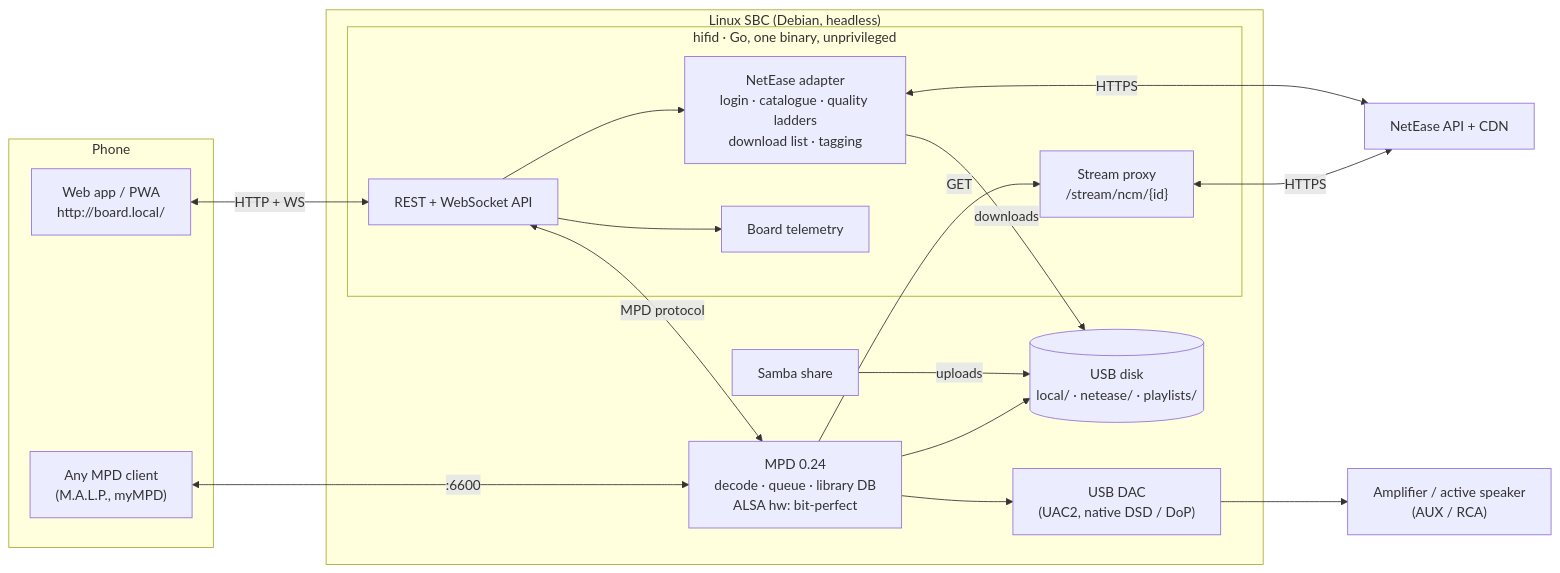
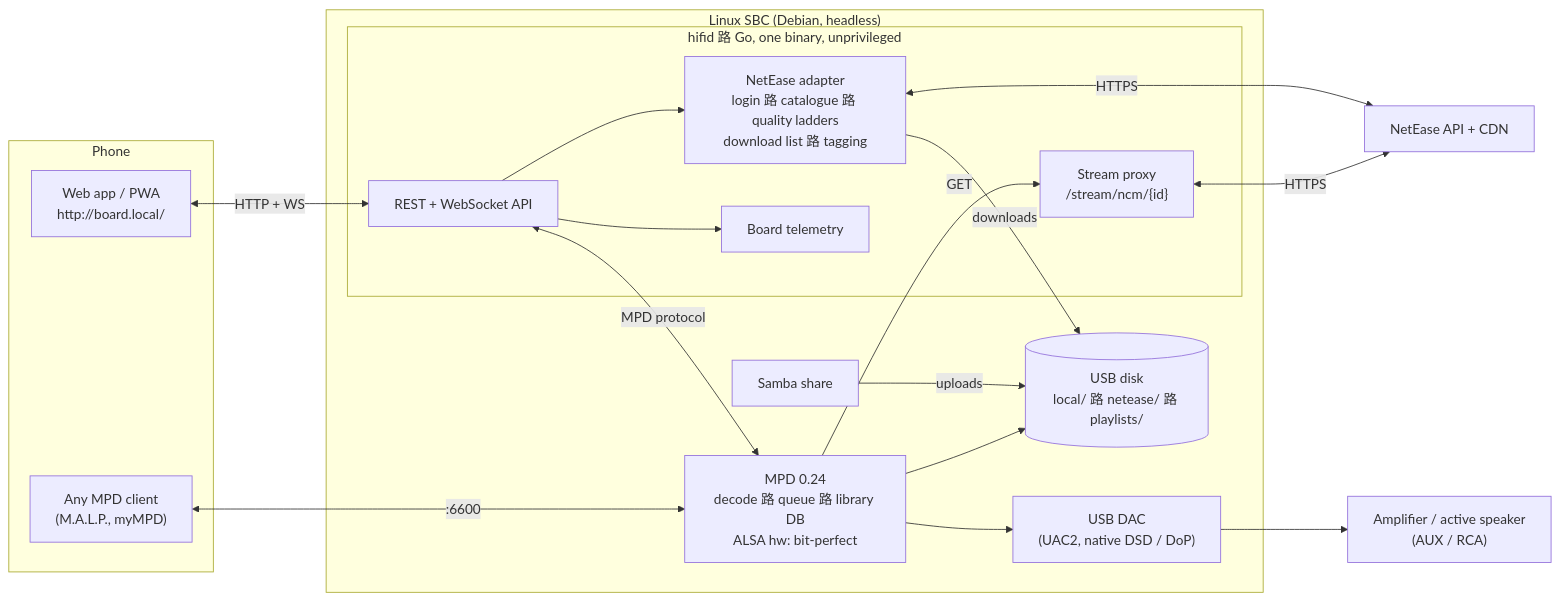
The diagram in README.md (Zulolo/HiFi-NetEase-Server), drawn with Mermaid before and after one commit. The commit also changed other lines of this file and 3 other files, not shown here.

````diff
--- a/README.md
+++ b/README.md
@@ -61,33 +57,33 @@
 ```mermaid
 flowchart LR
     subgraph Phone
         PWA["Web app / PWA<br/>http://board.local/"]
         MPDC["Any MPD client<br/>(M.A.L.P., myMPD)"]
     end
     subgraph Board["Linux SBC (Debian, headless)"]
-        subgraph hifid["hifid · Go, one binary, unprivileged"]
+        subgraph hifid["hifid 路 Go, one binary, unprivileged"]
             API["REST + WebSocket API"]
-            NCM["NetEase adapter<br/>login · catalogue · quality ladders<br/>download list · tagging"]
+            NCM["NetEase adapter<br/>login 路 catalogue 路 quality ladders<br/>download list 路 tagging"]
             PROXY["Stream proxy<br/>/stream/ncm/{id}"]
             SYS["Board telemetry"]
         end
-        MPD["MPD 0.24<br/>decode · queue · library DB<br/>ALSA hw: bit-perfect"]
+        MPD["MPD 0.24<br/>decode 路 queue 路 library DB<br/>ALSA hw: bit-perfect"]
         SMB["Samba share"]
-        DISK[("USB disk<br/>local/ · netease/ · playlists/")]
+        DISK[("USB disk<br/>local/ 路 netease/ 路 playlists/")]
         DAC["USB DAC<br/>(UAC2, native DSD / DoP)"]
     end
     NET["NetEase API + CDN"]
     SPK["Amplifier / active speaker<br/>(AUX / RCA)"]
 
     PWA <-->|HTTP + WS| API
     MPDC <-->|:6600| MPD
     API --> NCM & SYS
     API <-->|MPD protocol| MPD
     MPD -->|GET| PROXY
     PROXY <-->|HTTPS| NET
     NCM <-->|HTTPS| NET
     NCM -->|downloads| DISK
     SMB -->|uploads| DISK
     MPD --> DISK
     MPD --> DAC --> SPK
 ```
````
